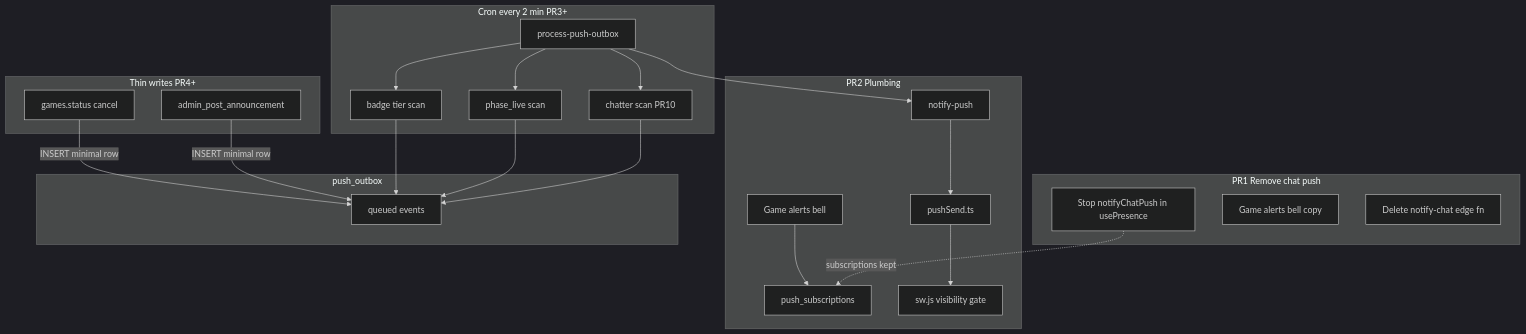
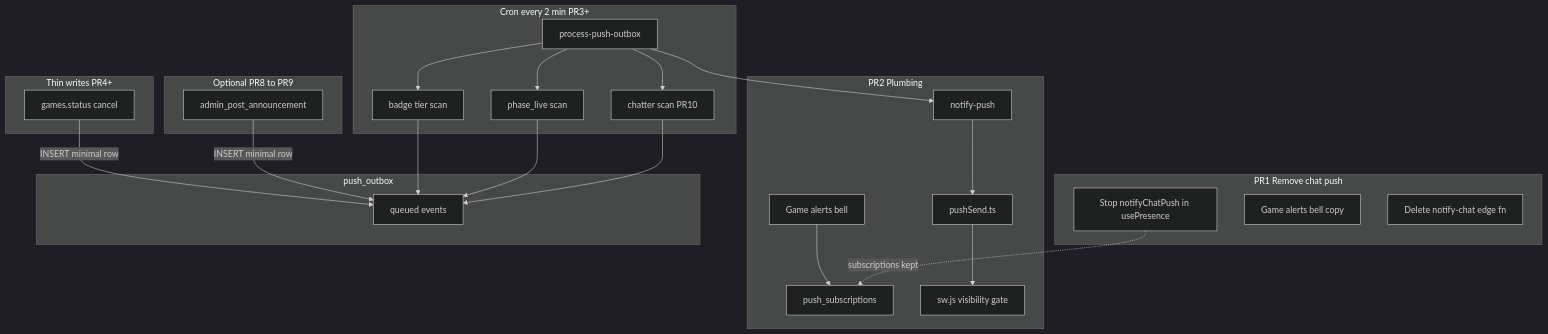
The diagram in docs/intent-aligned-push-refactor-v2-rollout.md (achang0406/disc-check), drawn with Mermaid (dark theme) before and after one commit. The commit also changed other lines of this file, not shown here.

````diff
--- a/docs/intent-aligned-push-refactor-v2-rollout.md
+++ b/docs/intent-aligned-push-refactor-v2-rollout.md
@@ -47,41 +76,43 @@
 ```mermaid
 flowchart TD
   subgraph pr1 [PR1 Remove chat push]
     StopInvoke[Stop notifyChatPush in usePresence]
     BellRename[Game alerts bell copy]
     DelNotifyChat[Delete notify-chat edge fn]
   end
   subgraph pr2 [PR2 Plumbing]
     Bell[Game alerts bell]
     Subs[push_subscriptions]
     PushSend[pushSend.ts]
     NotifyPush[notify-push]
     SW[sw.js visibility gate]
     Bell --> Subs
   end
   subgraph writes [Thin writes PR4+]
     Cancel[games.status cancel]
+  end
+  subgraph optionalLate [Optional PR8 to PR9]
     AdminRPC[admin_post_announcement]
   end
   subgraph cron [Cron every 2 min PR3+]
     Processor[process-push-outbox]
     BadgeScan[badge tier scan]
     LiveScan[phase_live scan]
     ChatterScan[chatter scan PR10]
   end
   subgraph outbox [push_outbox]
     Queue[queued events]
   end
   StopInvoke -.->|"subscriptions kept"| Subs
   Cancel -->|"INSERT minimal row"| Queue
-  AdminRPC -->|"INSERT minimal row"| Queue
   Processor --> BadgeScan
   Processor --> LiveScan
+  AdminRPC -->|"INSERT minimal row"| Queue
   Processor --> ChatterScan
   BadgeScan --> Queue
   LiveScan --> Queue
   ChatterScan --> Queue
   Processor --> NotifyPush
   NotifyPush --> PushSend
   PushSend --> SW
 ```
````
